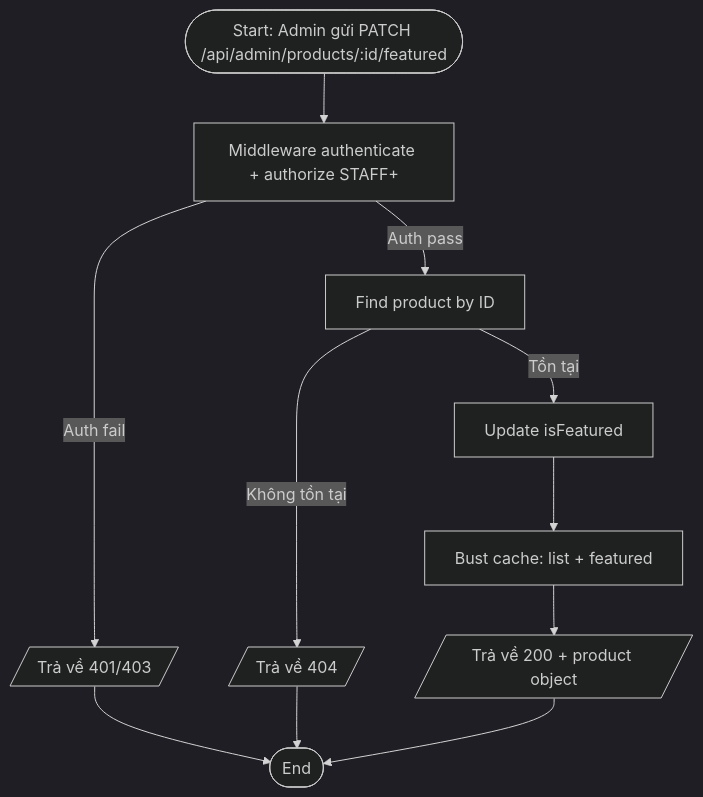
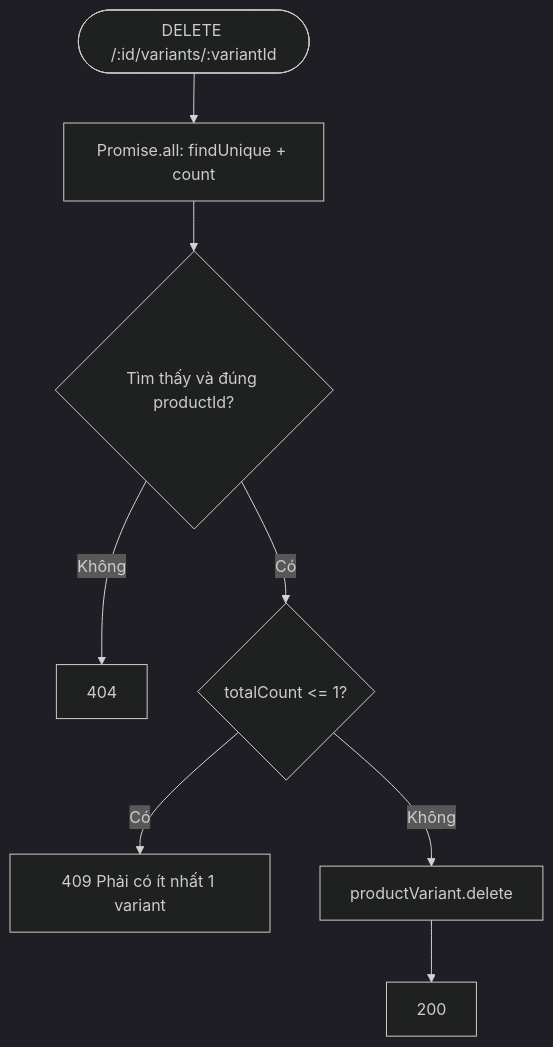
The sixth of 7 diagrams in docs/Product/ActivityDiagram.md (phamvinh203/mobivexa), drawn with Mermaid (dark theme) before and after one commit. The commit also changed other lines of this file and 79 other files, not shown here.

Commit message:
📜 Add documentation for Inventory and Favorite modules including Use Cases, API Specifications, and Activity Diagrams

````diff
--- a/docs/Product/ActivityDiagram.md
+++ b/docs/Product/ActivityDiagram.md
@@ -309,13 +107,10 @@
 ```mermaid
 flowchart TD
-    A([Start: Admin gửi PATCH /api/admin/products/:id/featured]) --> B[Middleware authenticate + authorize STAFF+]
-    B -->|Auth fail| E1[/Trả về 401/403/]
-    B -->|Auth pass| C[Find product by ID]
-    C -->|Không tồn tại| E2[/Trả về 404/]
-    C -->|Tồn tại| D[Update isFeatured]
-    D --> E[Bust cache: list + featured]
-    E --> F[/Trả về 200 + product object/]
-    E1 --> Z([End])
-    E2 --> Z
-    F --> Z
+    A([DELETE /:id/variants/:variantId]) --> B[Promise.all: findUnique + count]
+    B --> C{Tìm thấy và đúng productId?}
+    C -- Không --> ERR1[404]
+    C -- Có --> D{totalCount <= 1?}
+    D -- Có --> ERR2[409 Phải có ít nhất 1 variant]
+    D -- Không --> E[productVariant.delete]
+    E --> F[200]
 ```
````
